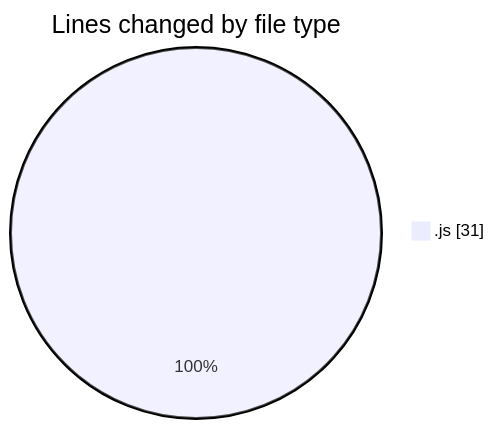
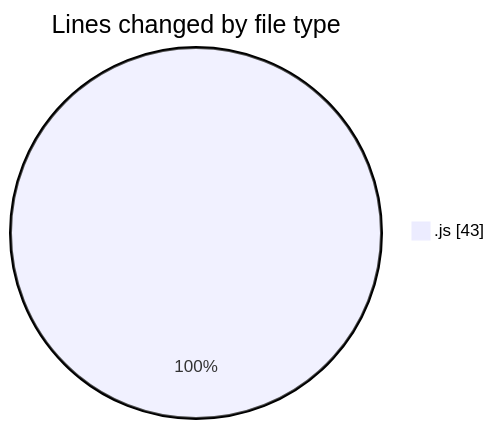
One commit to momahboobian/code-tracking changed the first of 2 diagrams in 2026-05-20/cda/README.md. Above: the diagram before and after it, drawn with Mermaid. The commit also changed other lines of this file and 1 other file, not shown here.

````diff
--- a/2026-05-20/cda/README.md
+++ b/2026-05-20/cda/README.md
@@ -21,5 +21,5 @@
 ```mermaid
 pie showData
 title Lines changed by file type
-".js" : 31
+".js" : 43
 ```
````
